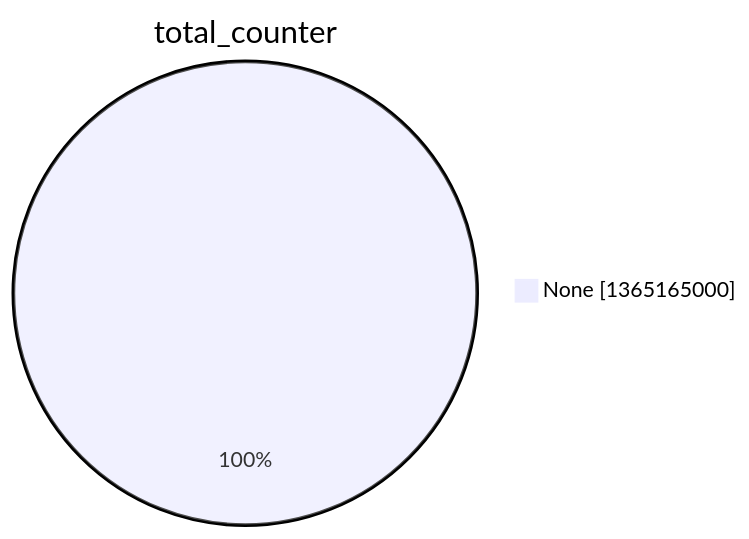
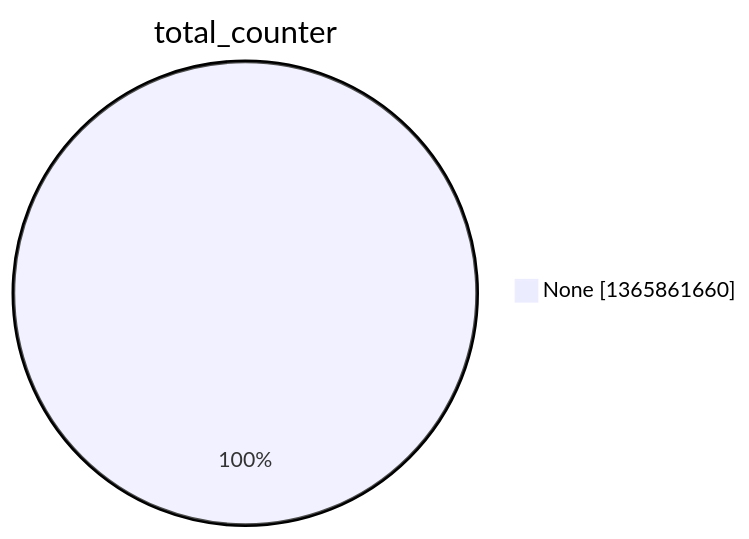
One commit to christiankrug/ctmonitor_visualization changed the second of 15 diagrams in argon2022/README.md. Above: the diagram before and after it, drawn with Mermaid. The commit also changed other lines of this file, not shown here.

````diff
--- a/argon2022/README.md
+++ b/argon2022/README.md
@@ -9,5 +9,5 @@
 ```mermaid
 pie showData
 title total_counter
-"None" :1365165000
+"None" :1365861660
 ```
````
